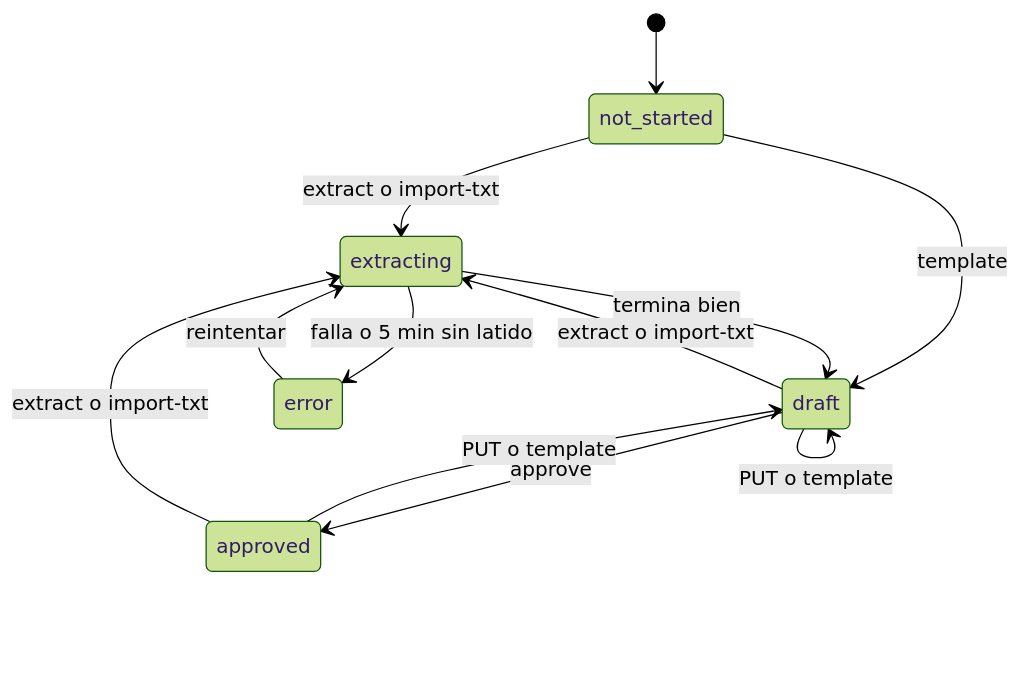
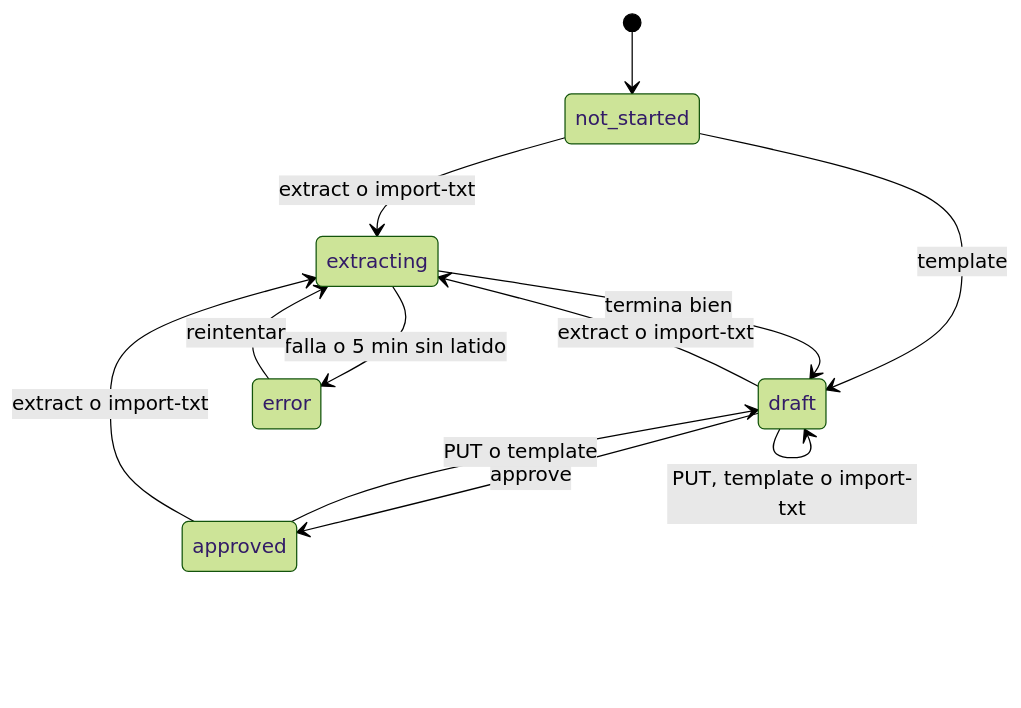
Before and after one commit to oscargicast/corpotex: diagram 11 of 11 in docs/backend/modelo-de-datos.md, drawn with Mermaid (forest theme). The commit also changed other lines of this file and 32 other files, not shown here.

````diff
--- a/docs/backend/modelo-de-datos.md
+++ b/docs/backend/modelo-de-datos.md
@@ -852,14 +1004,14 @@
 ```mermaid
 stateDiagram-v2
     [*] --> not_started
     not_started --> extracting: extract o import-txt
     not_started --> draft: template
     extracting --> draft: termina bien
     extracting --> error: falla o 5 min sin latido
     error --> extracting: reintentar
     draft --> extracting: extract o import-txt
-    draft --> draft: PUT o template
+    draft --> draft: PUT, template o import-txt
     draft --> approved: approve
     approved --> draft: PUT o template
     approved --> extracting: extract o import-txt
 ```
````
